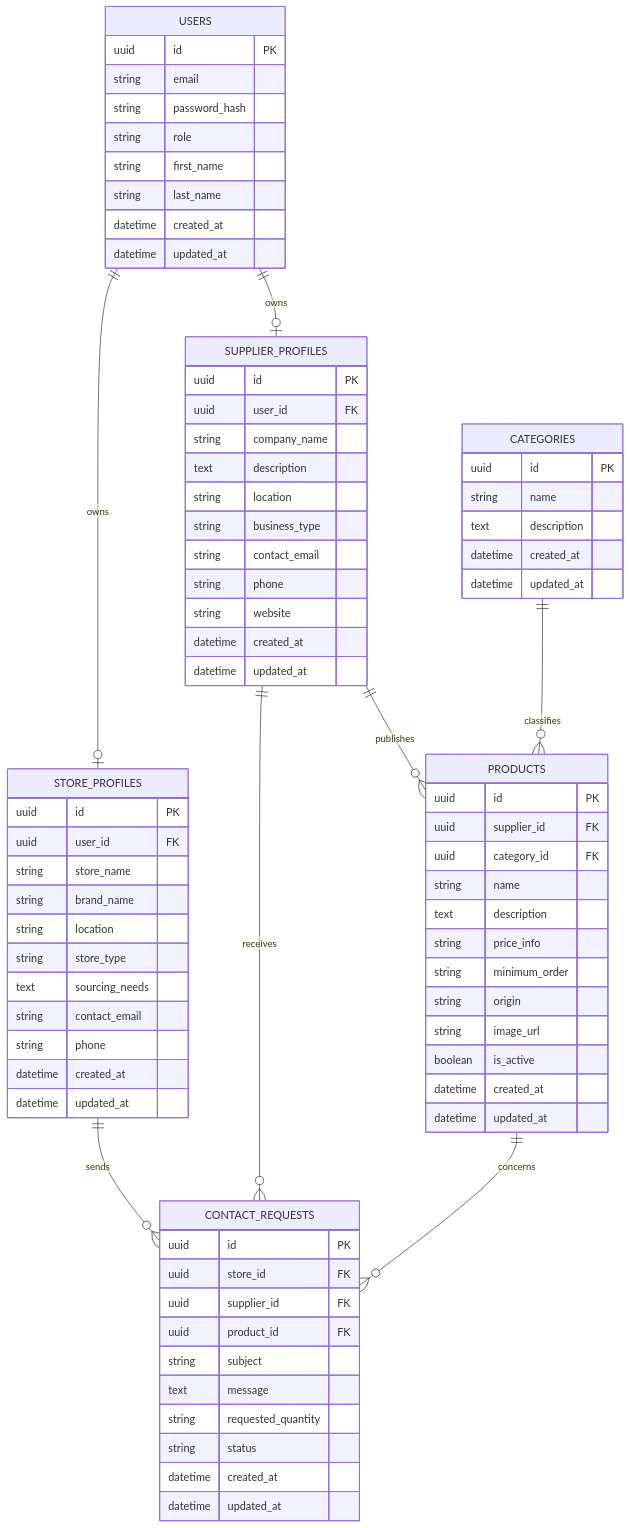
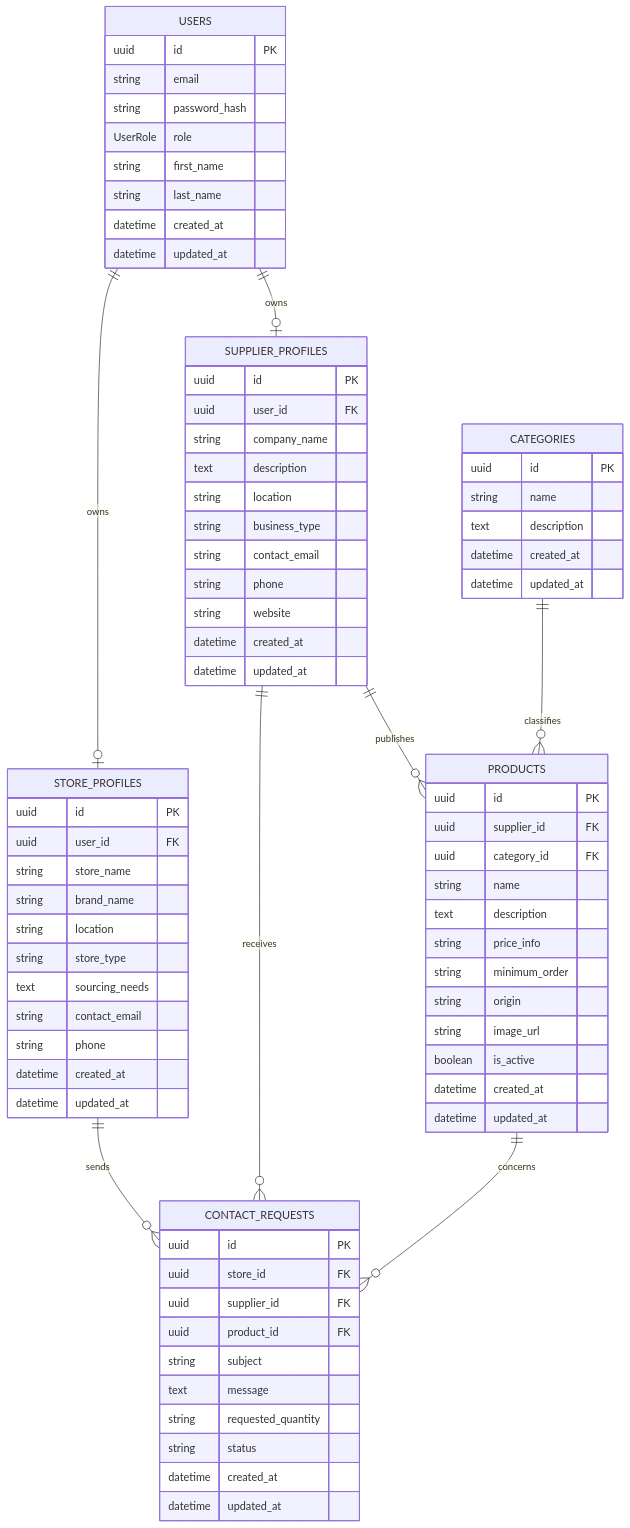
One commit to Antgst/Kerno-MVP changed the third of 3 diagrams in README.md. Above: the diagram before and after it, drawn with Mermaid. The commit also changed other lines of this file, not shown here.

```diff
--- a/README.md
+++ b/README.md
@@ -764,7 +769,7 @@
         uuid id PK
         string email
         string password_hash
-        string role
+        UserRole role
         string first_name
         string last_name
         datetime created_at
```
